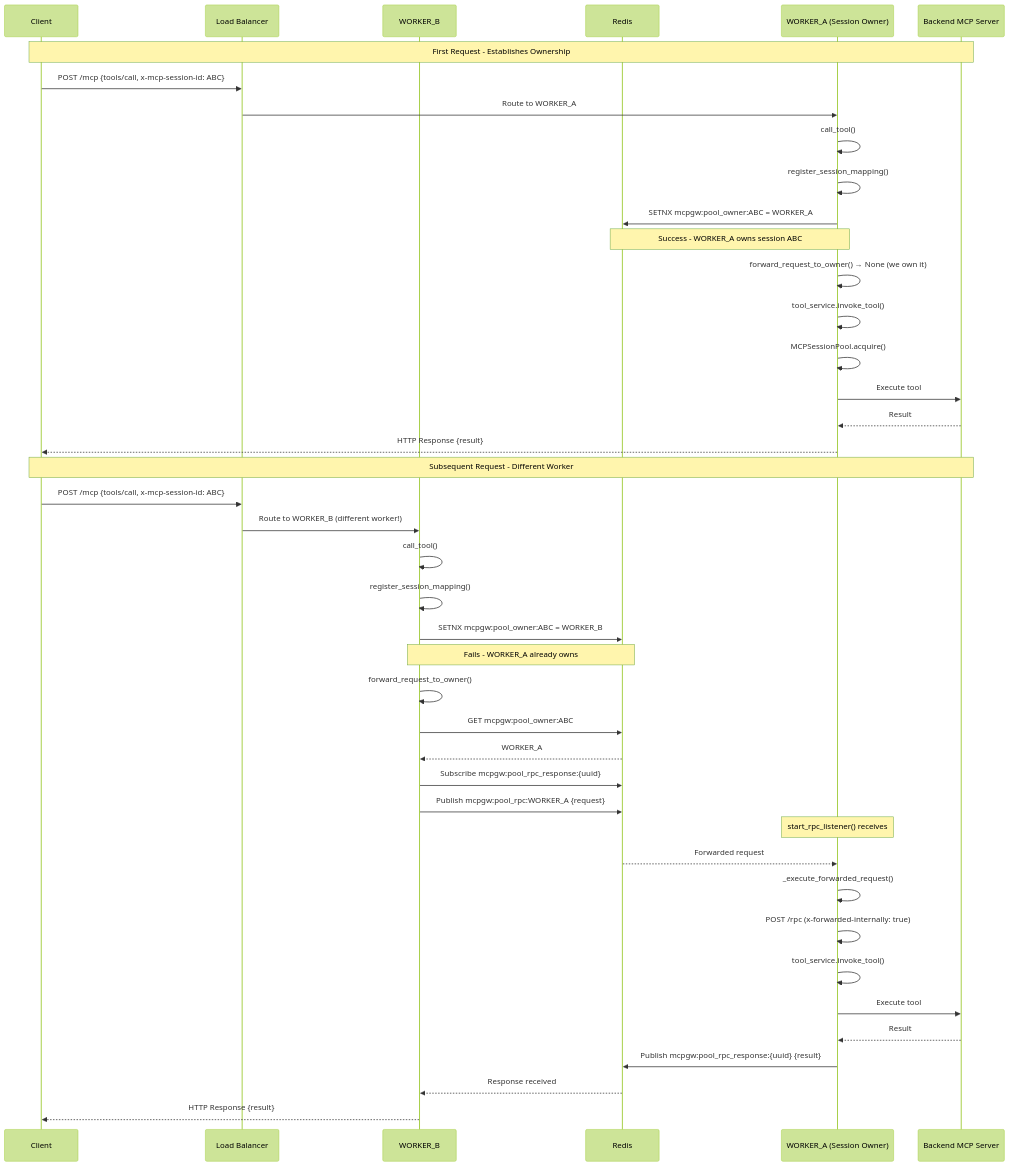
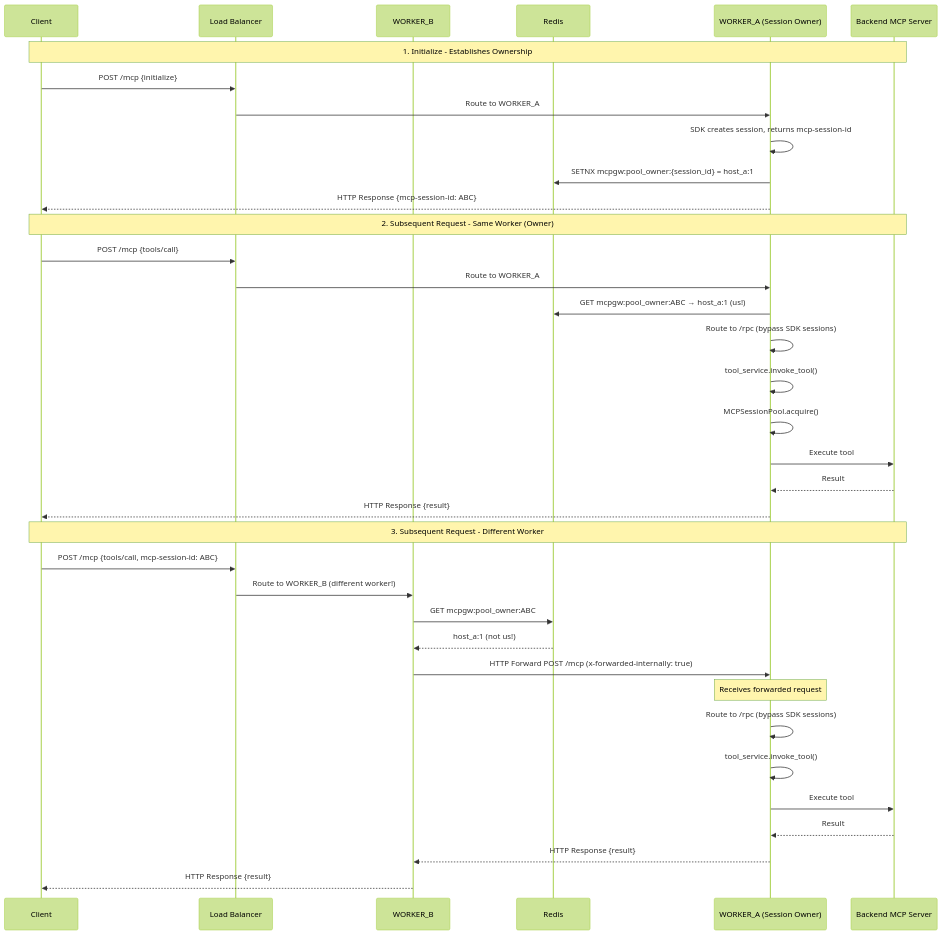
One commit to brian-hussey/mcp-context-forge changed the second of 2 diagrams in docs/docs/architecture/adr/038-multi-worker-session-affinity.md. Above: the diagram before and after it, drawn with Mermaid (forest theme). The commit also changed other lines of this file, not shown here.

Commit message:
Updated ADR Signed-off-by: Madhav Kandukuri <madhav165@gmail.com>

````diff
--- a/docs/docs/architecture/adr/038-multi-worker-session-affinity.md
+++ b/docs/docs/architecture/adr/038-multi-worker-session-affinity.md
@@ -200,49 +210,43 @@
 ```mermaid
 sequenceDiagram
     participant Client
     participant LB as Load Balancer
     participant WB as WORKER_B
     participant Redis
     participant WA as WORKER_A (Session Owner)
     participant Backend as Backend MCP Server
 
-    Note over Client,Backend: First Request - Establishes Ownership
-    Client->>LB: POST /mcp {tools/call, x-mcp-session-id: ABC}
+    Note over Client,Backend: 1. Initialize - Establishes Ownership
+    Client->>LB: POST /mcp {initialize}
     LB->>WA: Route to WORKER_A
-    WA->>WA: call_tool()
-    WA->>WA: register_session_mapping()
-    WA->>Redis: SETNX mcpgw:pool_owner:ABC = WORKER_A
-    Note over WA,Redis: Success - WORKER_A owns session ABC
-    WA->>WA: forward_request_to_owner() → None (we own it)
+    WA->>WA: SDK creates session, returns mcp-session-id
+    WA->>Redis: SETNX mcpgw:pool_owner:{session_id} = host_a:1
+    WA-->>Client: HTTP Response {mcp-session-id: ABC}
+
+    Note over Client,Backend: 2. Subsequent Request - Same Worker (Owner)
+    Client->>LB: POST /mcp {tools/call}
+    LB->>WA: Route to WORKER_A
+    WA->>Redis: GET mcpgw:pool_owner:ABC → host_a:1 (us!)
+    WA->>WA: Route to /rpc (bypass SDK sessions)
     WA->>WA: tool_service.invoke_tool()
     WA->>WA: MCPSessionPool.acquire()
     WA->>Backend: Execute tool
     Backend-->>WA: Result
     WA-->>Client: HTTP Response {result}
 
-    Note over Client,Backend: Subsequent Request - Different Worker
-    Client->>LB: POST /mcp {tools/call, x-mcp-session-id: ABC}
+    Note over Client,Backend: 3. Subsequent Request - Different Worker
+    Client->>LB: POST /mcp {tools/call, mcp-session-id: ABC}
     LB->>WB: Route to WORKER_B (different worker!)
-    WB->>WB: call_tool()
-    WB->>WB: register_session_mapping()
-    WB->>Redis: SETNX mcpgw:pool_owner:ABC = WORKER_B
-    Note over WB,Redis: Fails - WORKER_A already owns
+    WB->>Redis: GET mcpgw:pool_owner:ABC
+    Redis-->>WB: host_a:1 (not us!)
+    WB->>WA: HTTP Forward POST /mcp (x-forwarded-internally: true)
 
-    WB->>WB: forward_request_to_owner()
-    WB->>Redis: GET mcpgw:pool_owner:ABC
-    Redis-->>WB: WORKER_A
-    WB->>Redis: Subscribe mcpgw:pool_rpc_response:{uuid}
-    WB->>Redis: Publish mcpgw:pool_rpc:WORKER_A {request}
-
-    Note over WA: start_rpc_listener() receives
-    Redis-->>WA: Forwarded request
-    WA->>WA: _execute_forwarded_request()
-    WA->>WA: POST /rpc (x-forwarded-internally: true)
+    Note over WA: Receives forwarded request
+    WA->>WA: Route to /rpc (bypass SDK sessions)
     WA->>WA: tool_service.invoke_tool()
     WA->>Backend: Execute tool
     Backend-->>WA: Result
-    WA->>Redis: Publish mcpgw:pool_rpc_response:{uuid} {result}
+    WA-->>WB: HTTP Response {result}
 
-    Redis-->>WB: Response received
     WB-->>Client: HTTP Response {result}
 ```
````
